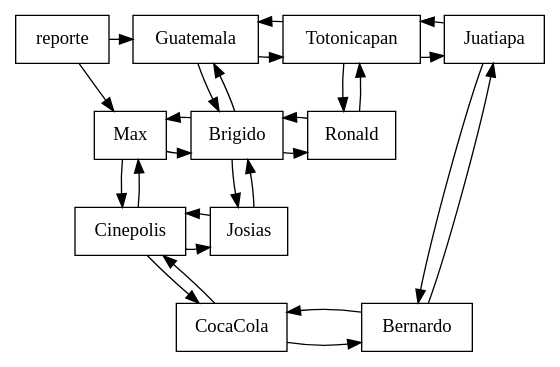
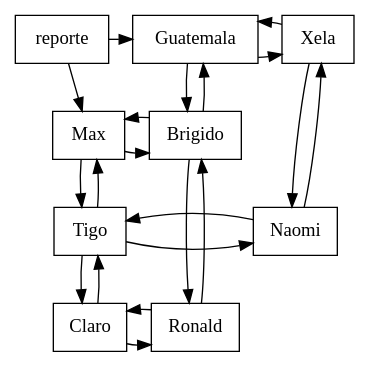
Before and after one commit to BrigidoAlvarado/proyecto-1-EDD-EVD-24: the diagram in proyecyo-1/cmake-build-debug/reporte_matriz_dispersa.dot, drawn with Graphviz. The commit also changed 29 other files, not shown here.

```diff
--- a/proyecyo-1/cmake-build-debug/reporte_matriz_dispersa.dot
+++ b/proyecyo-1/cmake-build-debug/reporte_matriz_dispersa.dot
@@ -1,38 +1,32 @@
 digraph SparseMatrix {
 node [shape=box];
     // Cabeceras Horizontales
     "reporte" -> "Guatemala";
-    "Guatemala" -> "Totonicapan";
-    "Totonicapan" -> "Guatemala";
-    "Totonicapan" -> "Juatiapa";
-    "Juatiapa" -> "Totonicapan";
+    "Guatemala" -> "Xela";
+    "Xela" -> "Guatemala";
     // Coneccion entre filas
     "Max" -> Brigido;
     "Brigido" -> Max;
-    "Brigido" -> Ronald;
-    "Ronald" -> Brigido;
-    "Cinepolis" -> Josias;
-    "Josias" -> Cinepolis;
-    "CocaCola" -> Bernardo;
-    "Bernardo" -> CocaCola;
+    "Tigo" -> Naomi;
+    "Naomi" -> Tigo;
+    "Claro" -> Ronald;
+    "Ronald" -> Claro;
     // Cabeceras Verticales
     "reporte" -> "Max";
-    "Max" -> "Cinepolis";
-    "Cinepolis" -> "Max";
-    "Cinepolis" -> "CocaCola";
-    "CocaCola" -> "Cinepolis";
+    "Max" -> "Tigo";
+    "Tigo" -> "Max";
+    "Tigo" -> "Claro";
+    "Claro" -> "Tigo";
     // Coneccion entre filas
     "Guatemala" -> Brigido;
     "Brigido" -> Guatemala;
-    "Brigido" -> Josias;
-    "Josias" -> Brigido;
-    "Totonicapan" -> Ronald;
-    "Ronald" -> Totonicapan;
-    "Juatiapa" -> Bernardo;
-    "Bernardo" -> Juatiapa;
+    "Brigido" -> Ronald;
+    "Ronald" -> Brigido;
+    "Xela" -> Naomi;
+    "Naomi" -> Xela;
     // Encuadre
-    { rank=same; reporte; Guatemala; Totonicapan; Juatiapa; }
-    { rank=same; Max; Brigido; Ronald; }
-    { rank=same; Cinepolis; Josias; }
-    { rank=same; CocaCola; Bernardo; }
+    { rank=same; reporte; Guatemala; Xela; }
+    { rank=same; Max; Brigido; }
+    { rank=same; Tigo; Naomi; }
+    { rank=same; Claro; Ronald; }
 }
```
